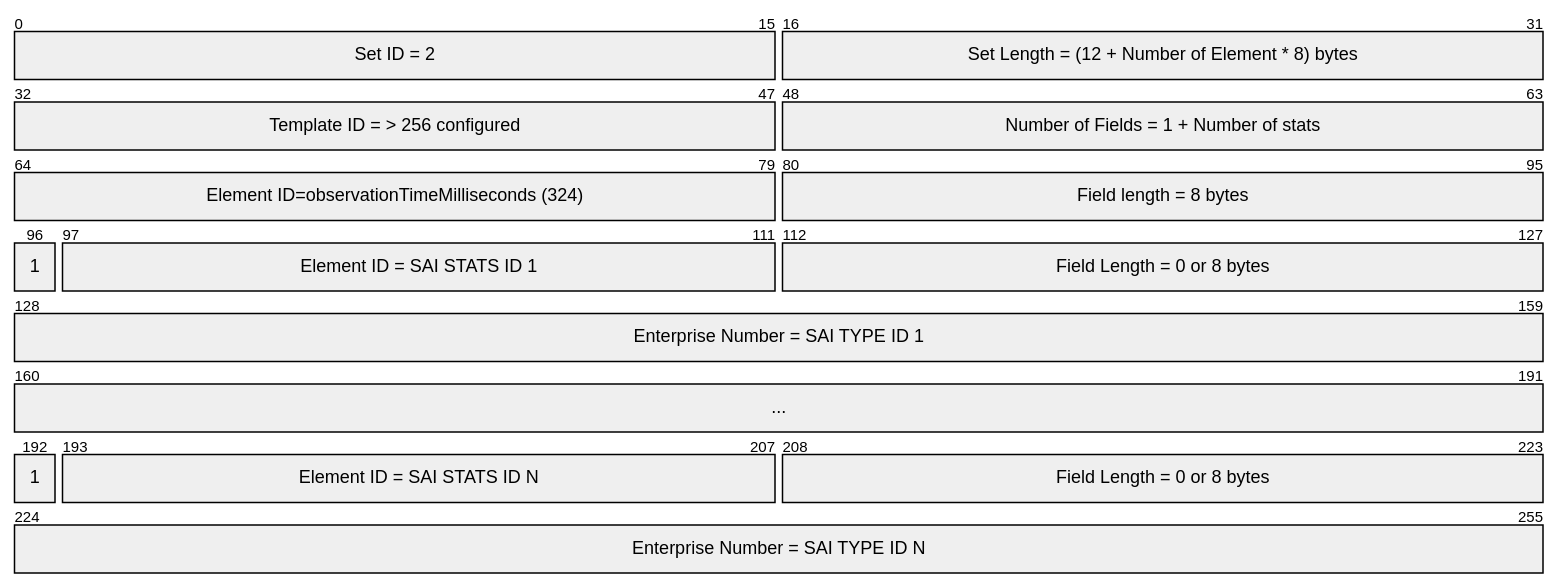
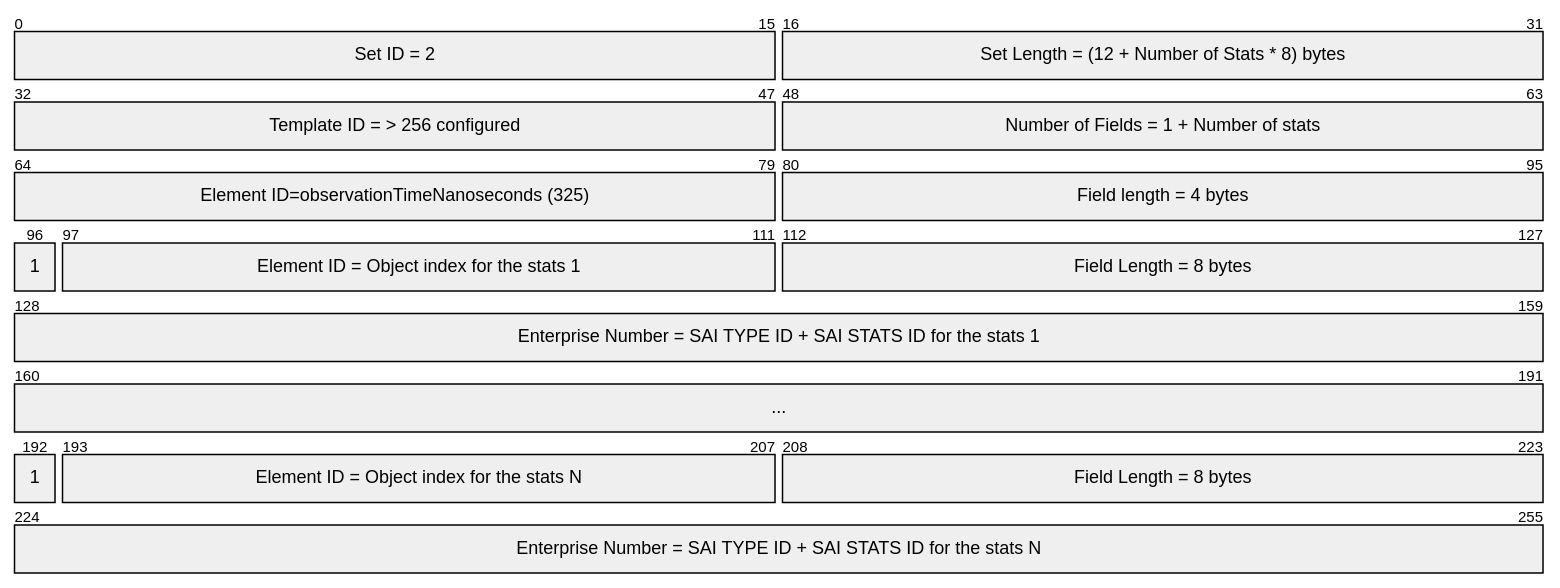
Before and after one commit to sonic-net/SONiC: the third of 9 diagrams in doc/stream-telemetry/stream-telemetry-hld.md, drawn with Mermaid. The commit also changed other lines of this file and 1 other file, not shown here.

````diff
--- a/doc/stream-telemetry/stream-telemetry-hld.md
+++ b/doc/stream-telemetry/stream-telemetry-hld.md
@@ -179,23 +205,23 @@
 ``` mermaid
 
 ---
 title: stream message of IPFIX template
 ---
 packet-beta
 0-15: "Set ID = 2"
-16-31: "Set Length = (12 + Number of Element * 8) bytes"
+16-31: "Set Length = (12 + Number of Stats * 8) bytes"
 32-47: "Template ID = > 256 configured"
 48-63: "Number of Fields = 1 + Number of stats"
-64-79: "Element ID=observationTimeMilliseconds (324)"
-80-95: "Field length = 8 bytes"
+64-79: "Element ID=observationTimeNanoseconds (325)"
+80-95: "Field length = 4 bytes"
 96-96: "1"
-97-111: "Element ID = SAI STATS ID 1"
-112-127: "Field Length = 0 or 8 bytes"
-128-159: "Enterprise Number = SAI TYPE ID 1"
+97-111: "Element ID = Object index for the stats 1"
+112-127: "Field Length = 8 bytes"
+128-159: "Enterprise Number = SAI TYPE ID + SAI STATS ID for the stats 1"
 160-191: "..."
 192-192: "1"
-193-207: "Element ID = SAI STATS ID N"
-208-223: "Field Length = 0 or 8 bytes"
-224-255: "Enterprise Number = SAI TYPE ID N"
+193-207: "Element ID = Object index for the stats N"
+208-223: "Field Length = 8 bytes"
+224-255: "Enterprise Number = SAI TYPE ID + SAI STATS ID for the stats N"
 
 ```
````
